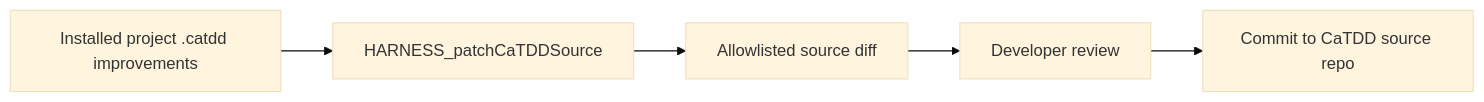
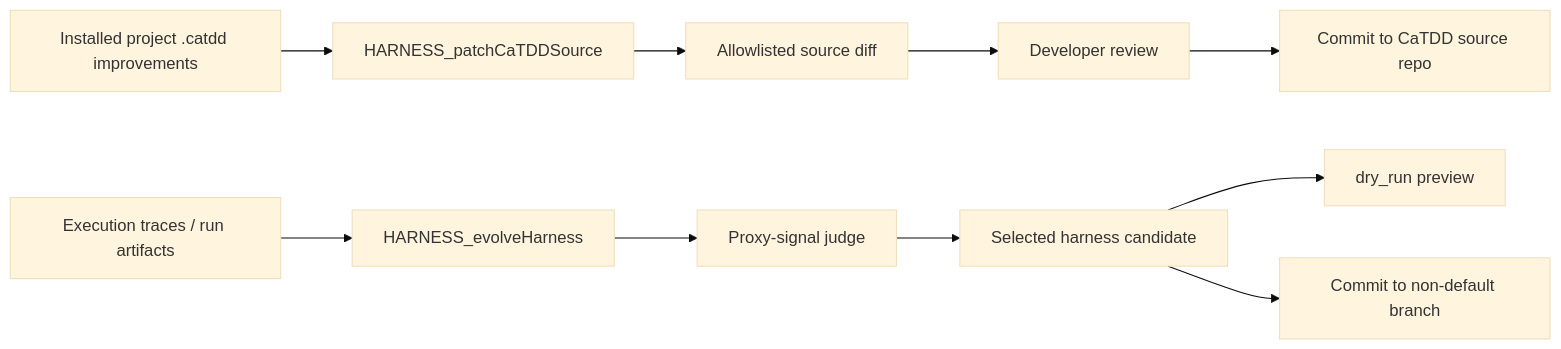
One commit to HZ-XYZ-FORKS/MyInterObjCom-PlayKata-githubCopilot-autoModel-libIOC-inC changed the diagram in .catdd/slashCommands/kits/Px-HarnessKits.md. Above: the diagram before and after it, drawn with Mermaid (base theme). The commit also changed other lines of this file and 63 other files, not shown here.

````diff
--- a/.catdd/slashCommands/kits/Px-HarnessKits.md
+++ b/.catdd/slashCommands/kits/Px-HarnessKits.md
@@ -39,7 +44,13 @@
 ```mermaid
 flowchart LR
     Installed["Installed project .catdd improvements"] --> Inspect["HARNESS_patchCaTDDSource"]
     Inspect --> Diff["Allowlisted source diff"]
     Diff --> Review["Developer review"]
     Review --> Commit["Commit to CaTDD source repo"]
+
+    Traces["Execution traces / run artifacts"] --> Propose["HARNESS_evolveHarness"]
+    Propose --> Judge["Proxy-signal judge"]
+    Judge --> Winner["Selected harness candidate"]
+    Winner --> Preview["dry_run preview"]
+    Winner --> EvolveCommit["Commit to non-default branch"]
 ```
````
